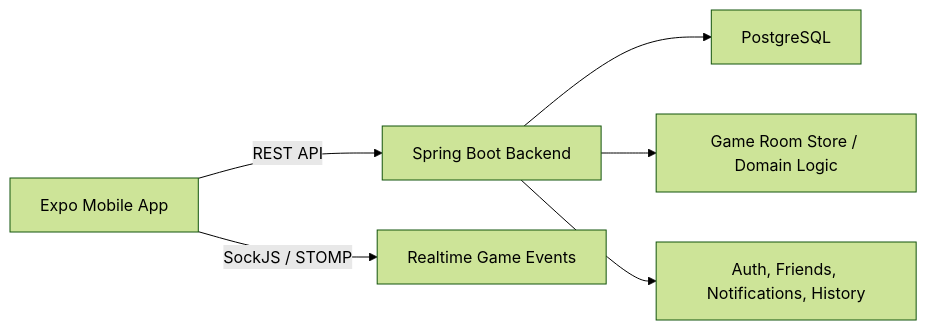
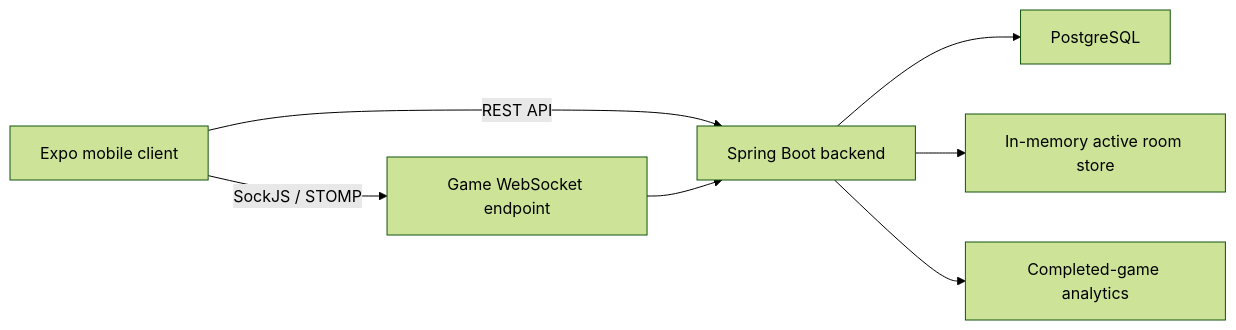
The diagram in README.md (alafonin4/Mobile-App-for-Hosting-Offline-Mafia-Games), drawn with Mermaid (forest theme) before and after one commit. The commit also changed other lines of this file and 2 other files, not shown here.

````diff
--- a/README.md
+++ b/README.md
@@ -33,8 +13,9 @@
 ```mermaid
 flowchart LR
-    A["Expo Mobile App"] -->|"REST API"| B["Spring Boot Backend"]
-    A -->|"SockJS / STOMP"| C["Realtime Game Events"]
+    A["Expo mobile client"] -->|"REST API"| B["Spring Boot backend"]
+    A -->|"SockJS / STOMP"| C["Game WebSocket endpoint"]
+    C --> B
     B --> D["PostgreSQL"]
-    B --> E["Game Room Store / Domain Logic"]
-    B --> F["Auth, Friends, Notifications, History"]
+    B --> E["In-memory active room store"]
+    B --> F["Completed-game analytics"]
 ```
````
